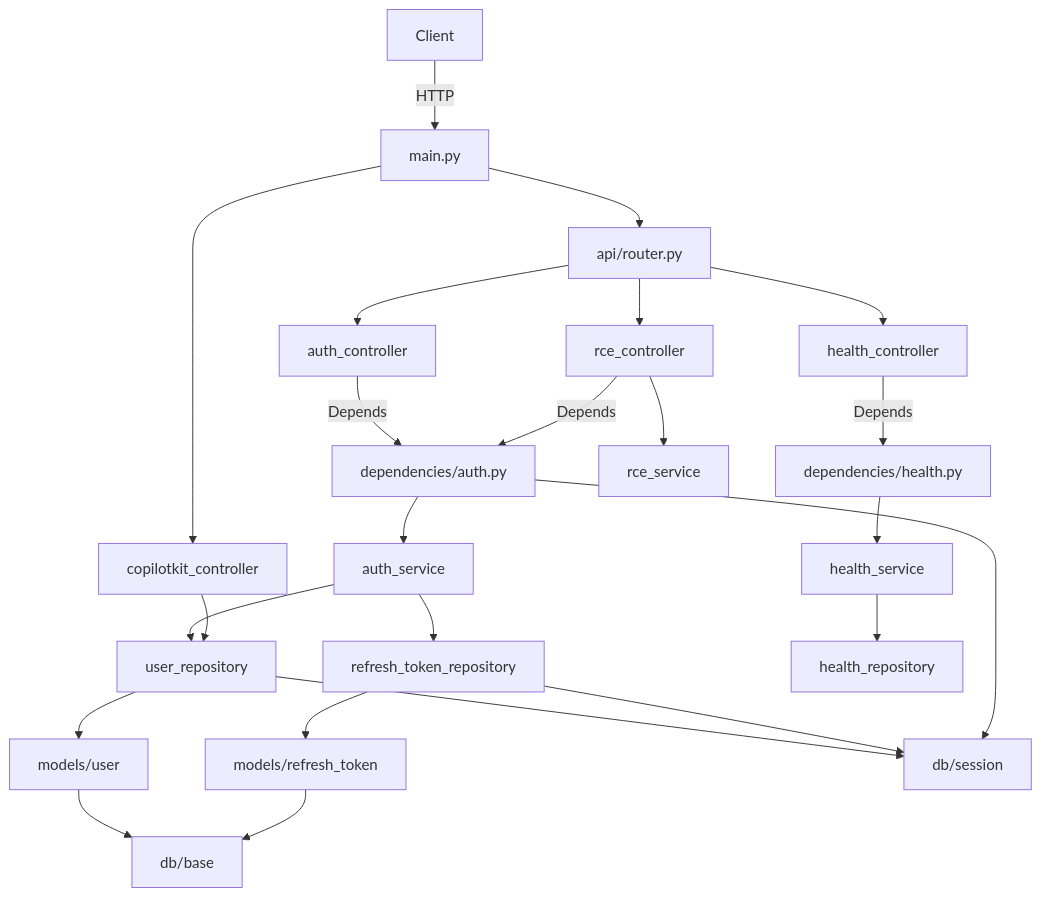
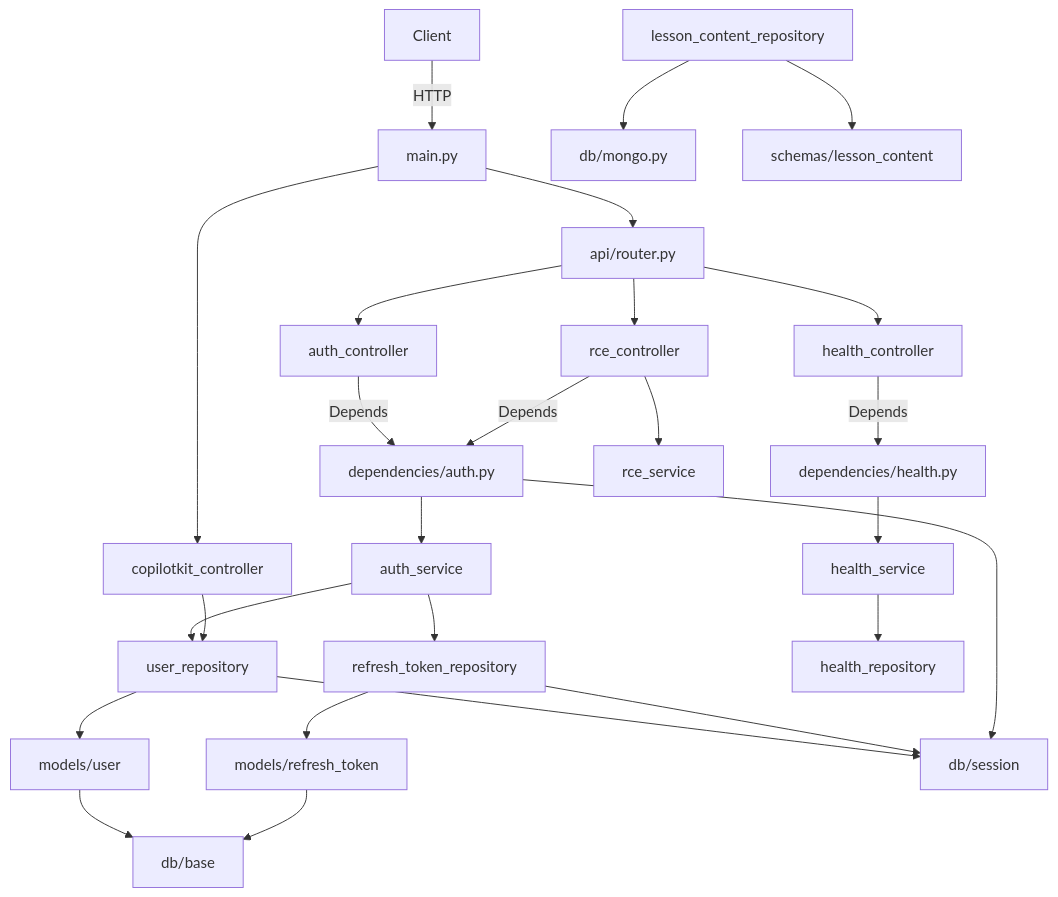
One commit to dhruva-nu/Project-hannibal changed the diagram in hannibal-vault/00 - Backend Overview.md. Above: the diagram before and after it, drawn with Mermaid. The commit also changed other lines of this file and 9 other files, not shown here.

````diff
--- a/hannibal-vault/00 - Backend Overview.md
+++ b/hannibal-vault/00 - Backend Overview.md
@@ -15,32 +15,35 @@
 ```mermaid
 flowchart TD
     Client -->|HTTP| main[main.py]
     main --> router[api/router.py]
     router --> AC[auth_controller]
     router --> HC[health_controller]
     router --> RC[rce_controller]
     main --> CC[copilotkit_controller]
 
     AC -->|Depends| dep_auth[dependencies/auth.py]
     HC -->|Depends| dep_health[dependencies/health.py]
 
     dep_auth --> AS[auth_service]
     dep_health --> HS[health_service]
     RC -->|Depends| dep_auth
     RC --> RS[rce_service]
 
     AS --> UR[user_repository]
     AS --> RTR[refresh_token_repository]
     HS --> HR[health_repository]
 
     CC --> UR
 
     UR --> User[models/user]
     RTR --> RT[models/refresh_token]
 
     User --> Base[db/base]
     RT --> Base
     UR --> Session[db/session]
     RTR --> Session
     dep_auth --> Session
+
+    LCR[lesson_content_repository] --> Mongo[db/mongo.py]
+    LCR --> LCS[schemas/lesson_content]
 ```
````
